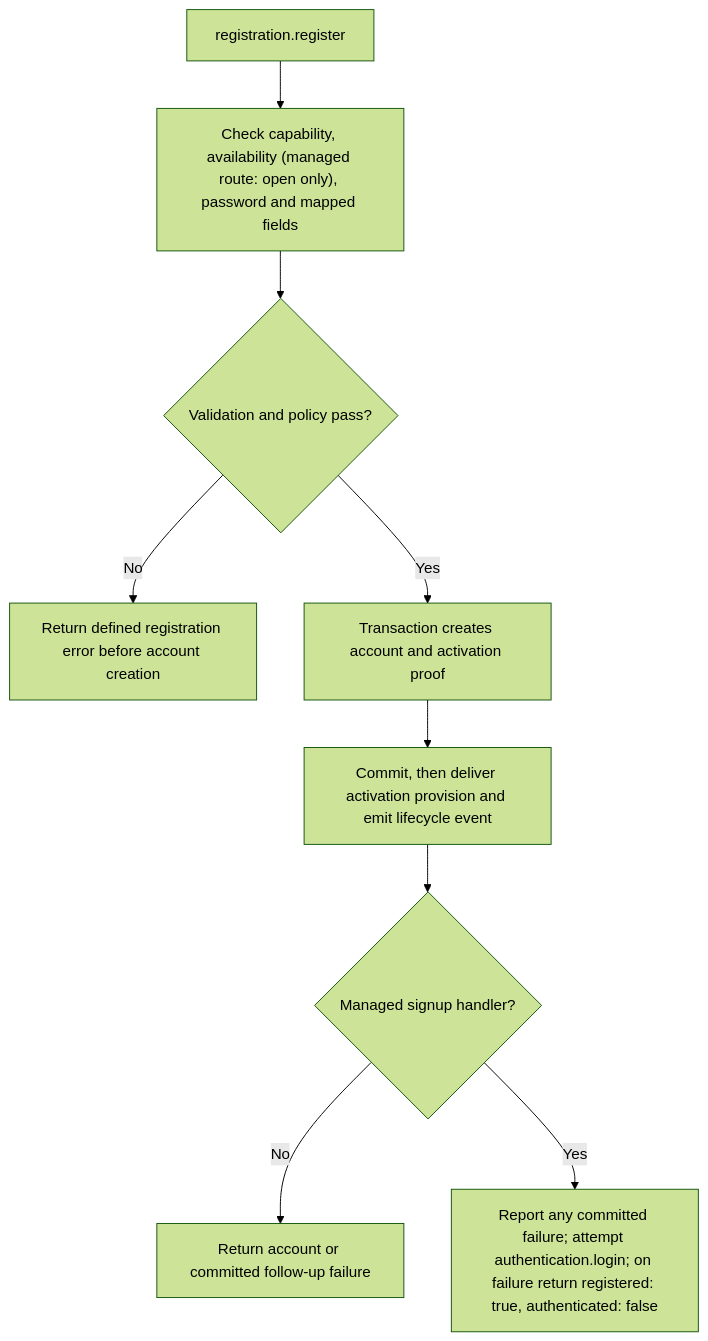
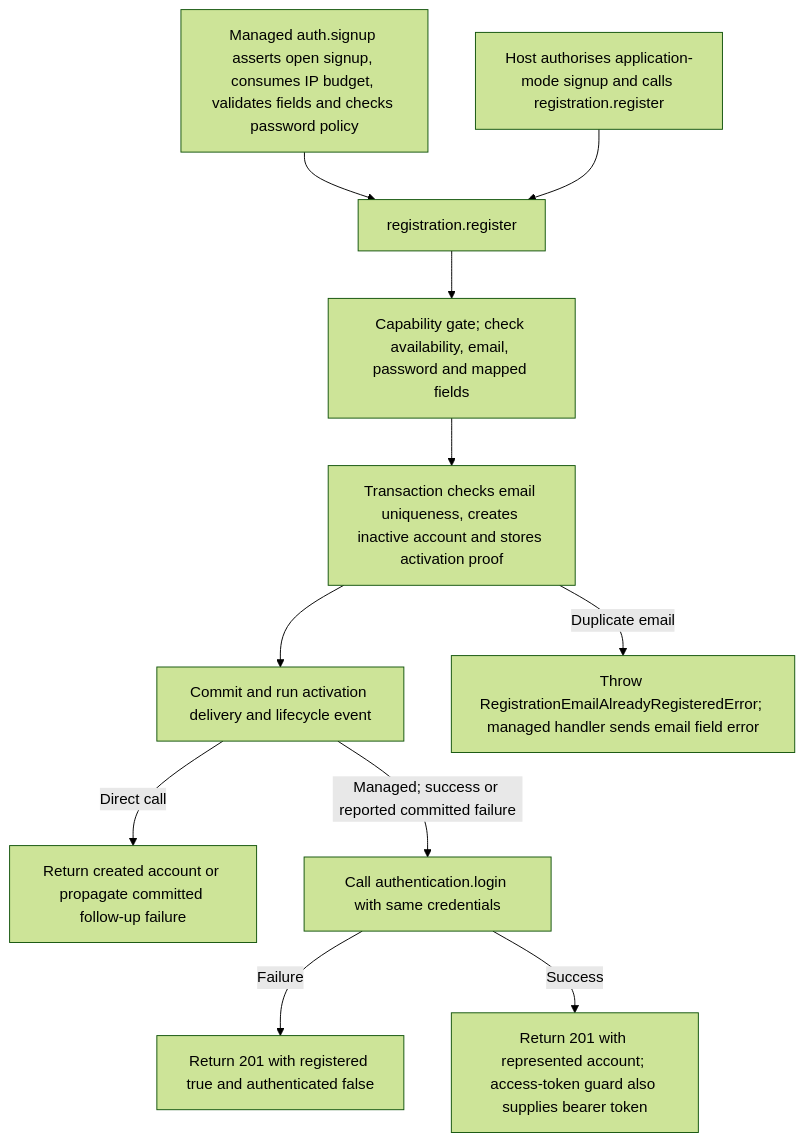
One commit to Kevinjohn/oss-adonisjs-account-kit changed the second of 2 diagrams in user-stories/US-ACCOUNT-02-create-and-verify-account.md. Above: the diagram before and after it, drawn with Mermaid (forest theme). The commit also changed other lines of this file and 70 other files, not shown here.

````diff
--- a/user-stories/US-ACCOUNT-02-create-and-verify-account.md
+++ b/user-stories/US-ACCOUNT-02-create-and-verify-account.md
@@ -31,11 +30,13 @@
 ```mermaid
 flowchart TD
- A["registration.register"] --> B["Check capability, availability (managed route: open only), password and mapped fields"]
- B --> C{"Validation and policy pass?"}
- C -->|No| D["Return defined registration error before account creation"]
- C -->|Yes| E["Transaction creates account and activation proof"]
- E --> F["Commit, then deliver activation provision and emit lifecycle event"]
- F --> J{"Managed signup handler?"}
- J -->|No| K["Return account or committed follow-up failure"]
- J -->|Yes| G["Report any committed failure; attempt authentication.login; on failure return registered: true, authenticated: false"]
+  A["Managed auth.signup asserts open signup, consumes IP budget, validates fields and checks password policy"] --> B["registration.register"]
+  H["Host authorises application-mode signup and calls registration.register"] --> B
+  B --> C["Capability gate; check availability, email, password and mapped fields"]
+  C --> D["Transaction checks email uniqueness, creates inactive account and stores activation proof"]
+  D --> E["Commit and run activation delivery and lifecycle event"]
+  D -->|Duplicate email| DUP["Throw RegistrationEmailAlreadyRegisteredError; managed handler sends email field error"]
+  E -->|Direct call| F["Return created account or propagate committed follow-up failure"]
+  E -->|Managed; success or reported committed failure| G["Call authentication.login with same credentials"]
+  G -->|Failure| NO["Return 201 with registered true and authenticated false"]
+  G -->|Success| OK["Return 201 with represented account; access-token guard also supplies bearer token"]
 ```
````
